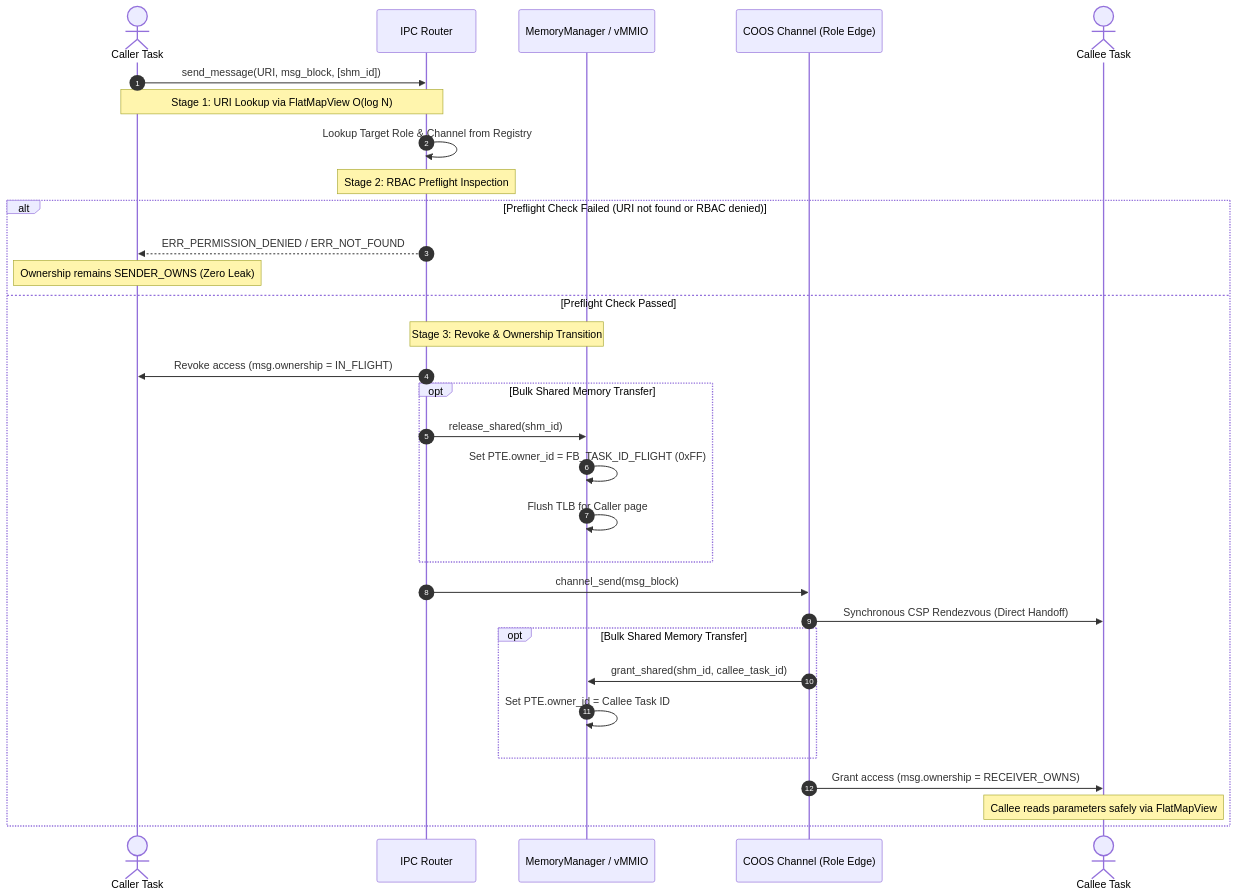
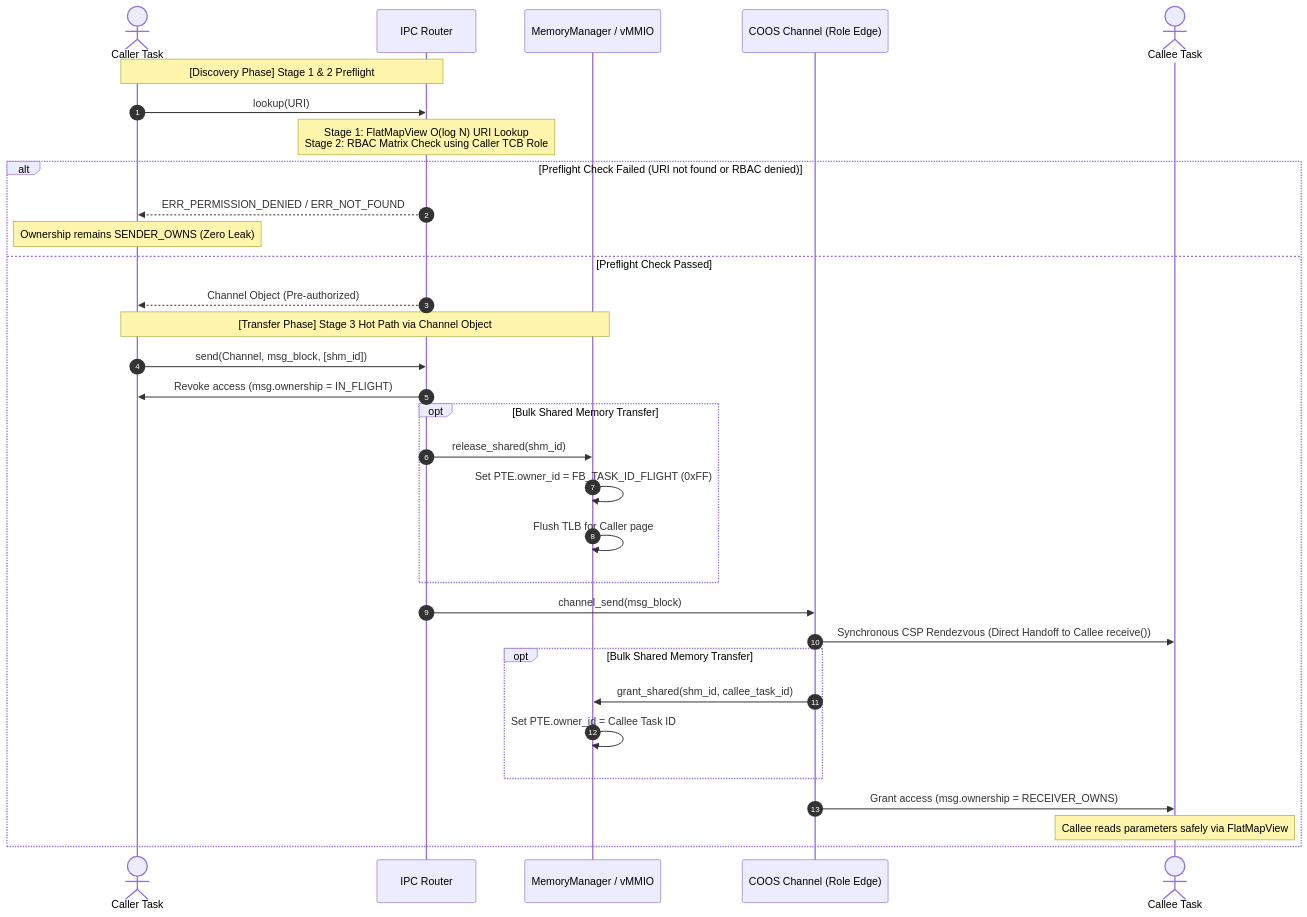
One commit to kmt-t/fireball changed the second of 7 diagrams in docs/components/tier1_interface/ipc_router.md. Above: the diagram before and after it, drawn with Mermaid. The commit also changed other lines of this file and 3 other files, not shown here.

Commit message:
docs(ipc): update ipc_router specification and concept code to eliminate role spoofing and use Channel objects

````diff
--- a/docs/components/tier1_interface/ipc_router.md
+++ b/docs/components/tier1_interface/ipc_router.md
@@ -120,35 +120,36 @@
 ```mermaid
 sequenceDiagram
     autonumber
     actor Caller as Caller Task
     participant Router as IPC Router
     participant Mem as MemoryManager / vMMIO
     participant Ch as COOS Channel (Role Edge)
     actor Callee as Callee Task
 
-    Caller->>Router: send_message(URI, msg_block, [shm_id])
-    Note over Caller,Router: Stage 1: URI Lookup via FlatMapView O(log N)
-    Router->>Router: Lookup Target Role & Channel from Registry
-
-    Note over Router: Stage 2: RBAC Preflight Inspection
+    Note over Caller,Router: [Discovery Phase] Stage 1 & 2 Preflight
+    Caller->>Router: lookup(URI)
+    Note over Router: Stage 1: FlatMapView O(log N) URI Lookup<br/>Stage 2: RBAC Matrix Check using Caller TCB Role
     alt Preflight Check Failed (URI not found or RBAC denied)
         Router-->>Caller: ERR_PERMISSION_DENIED / ERR_NOT_FOUND
         Note over Caller: Ownership remains SENDER_OWNS (Zero Leak)
     else Preflight Check Passed
-        Note over Router,Mem: Stage 3: Revoke & Ownership Transition
+        Router-->>Caller: Channel Object (Pre-authorized)
+
+        Note over Caller,Mem: [Transfer Phase] Stage 3 Hot Path via Channel Object
+        Caller->>Router: send(Channel, msg_block, [shm_id])
         Router->>Caller: Revoke access (msg.ownership = IN_FLIGHT)
         opt Bulk Shared Memory Transfer
             Router->>Mem: release_shared(shm_id)
             Mem->>Mem: Set PTE.owner_id = FB_TASK_ID_FLIGHT (0xFF)
             Mem->>Mem: Flush TLB for Caller page
         end
         Router->>Ch: channel_send(msg_block)
-        Ch->>Callee: Synchronous CSP Rendezvous (Direct Handoff)
+        Ch->>Callee: Synchronous CSP Rendezvous (Direct Handoff to Callee receive())
         opt Bulk Shared Memory Transfer
             Ch->>Mem: grant_shared(shm_id, callee_task_id)
             Mem->>Mem: Set PTE.owner_id = Callee Task ID
         end
         Ch->>Callee: Grant access (msg.ownership = RECEIVER_OWNS)
         Note over Callee: Callee reads parameters safely via FlatMapView
     end
 ```
````
